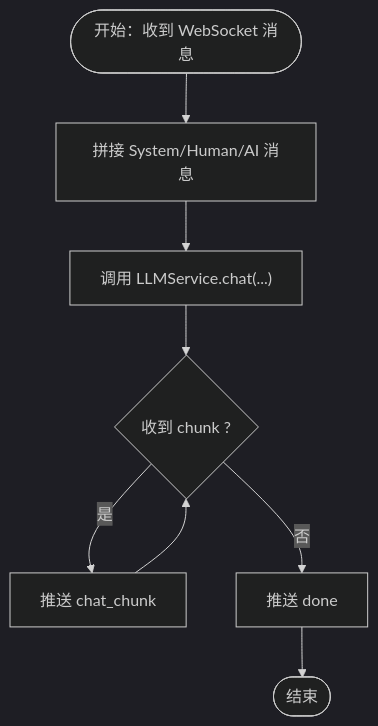
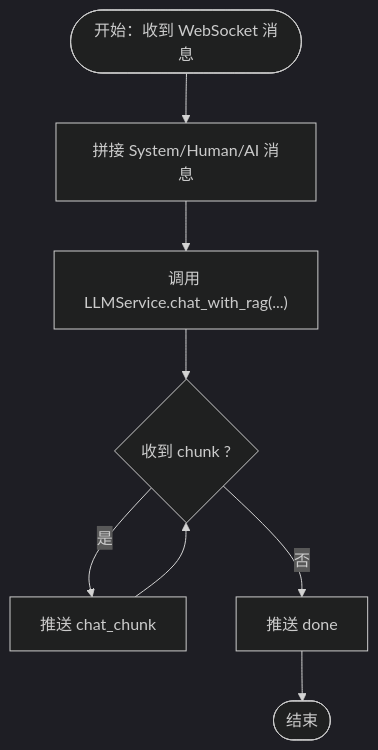
One commit to laohanhahaha/PaperChat changed the fifth of 8 diagrams in .qoder/repowiki/zh/content/后端系统/业务服务层/LLM 服务.md. Above: the diagram before and after it, drawn with Mermaid (dark theme). The commit also changed other lines of this file and 8 other files, not shown here.

````diff
--- a/.qoder/repowiki/zh/content/后端系统/业务服务层/LLM 服务.md
+++ b/.qoder/repowiki/zh/content/后端系统/业务服务层/LLM 服务.md
@@ -183,10 +264,10 @@
 ```mermaid
 flowchart TD
 Start(["开始：收到 WebSocket 消息"]) --> BuildMsg["拼接 System/Human/AI 消息"]
-BuildMsg --> CallLLM["调用 LLMService.chat(...)"]
+BuildMsg --> CallLLM["调用 LLMService.chat_with_rag(...)"]
 CallLLM --> StreamOut{"收到 chunk ?"}
 StreamOut --> |是| SendChunk["推送 chat_chunk"]
 SendChunk --> StreamOut
 StreamOut --> |否| Done["推送 done"]
 Done --> End(["结束"])
 ```
````
